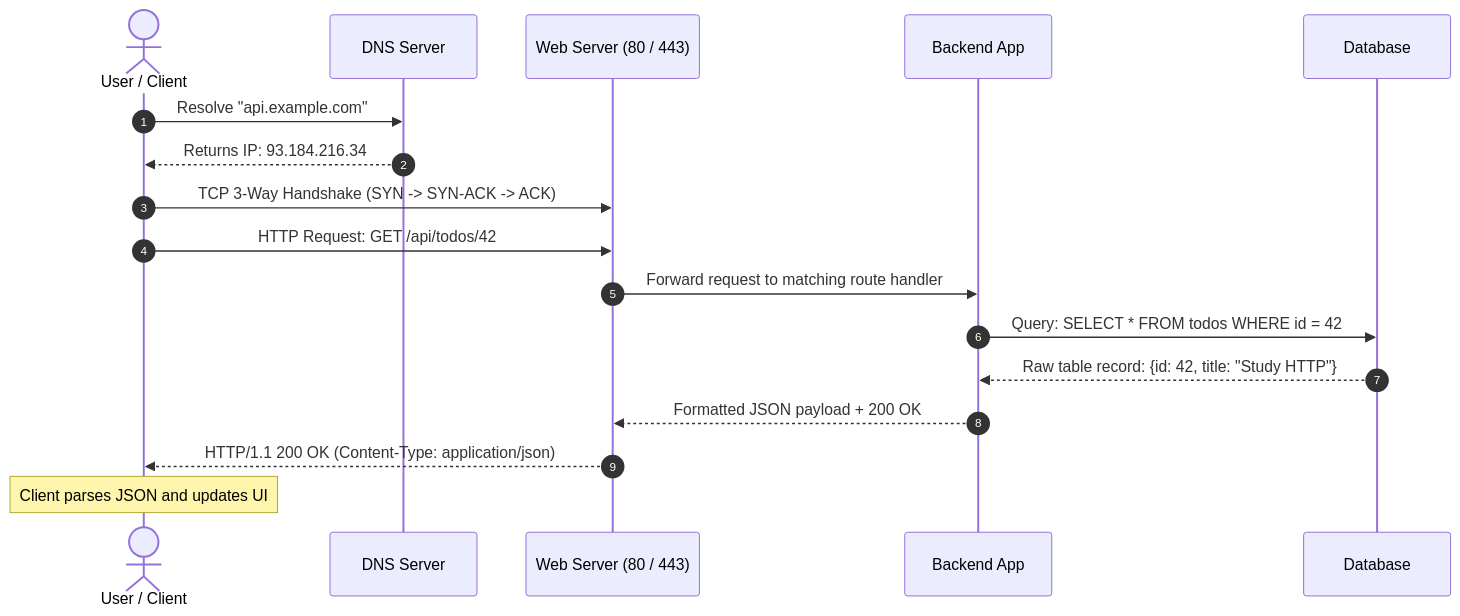
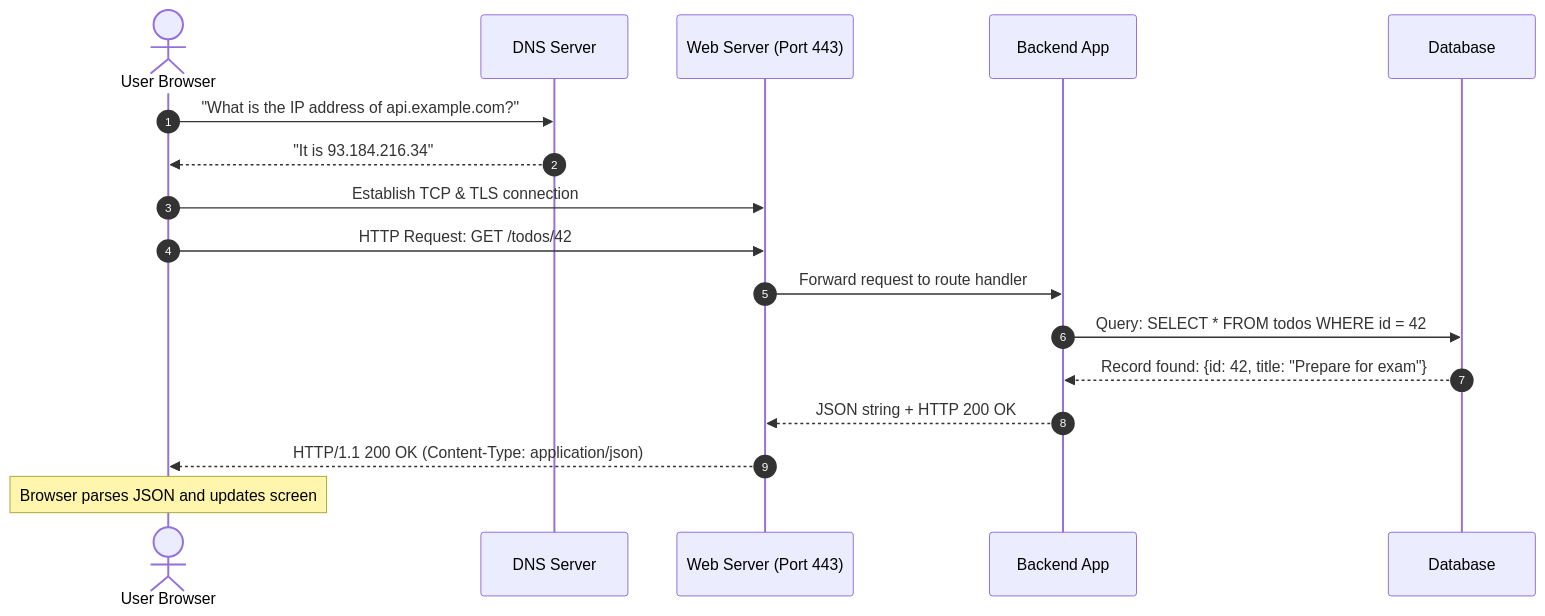
The third of 8 diagrams in IUT/Human/University/5th Sem/Server Programming/Server Programming Notes.md (Tamjid-R/Obsidian-Vault--4th-sem), drawn with Mermaid before and after one commit. The commit also changed other lines of this file and 1 other file, not shown here.

````diff
--- a/IUT/Human/University/5th Sem/Server Programming/Server Programming Notes.md
+++ b/IUT/Human/University/5th Sem/Server Programming/Server Programming Notes.md
@@ -155,20 +158,20 @@
 ```mermaid
 sequenceDiagram
     autonumber
-    actor User as User / Client
+    actor Client as User Browser
     participant DNS as DNS Server
-    participant Server as Web Server (80 / 443)
+    participant Server as Web Server (Port 443)
     participant App as Backend App
     participant DB as Database
 
-    User->>DNS: Resolve "api.example.com"
-    DNS-->>User: Returns IP: 93.184.216.34
-    User->>Server: TCP 3-Way Handshake (SYN -> SYN-ACK -> ACK)
-    User->>Server: HTTP Request: GET /api/todos/42
-    Server->>App: Forward request to matching route handler
+    Client->>DNS: "What is the IP address of api.example.com?"
+    DNS-->>Client: "It is 93.184.216.34"
+    Client->>Server: Establish TCP & TLS connection
+    Client->>Server: HTTP Request: GET /todos/42
+    Server->>App: Forward request to route handler
     App->>DB: Query: SELECT * FROM todos WHERE id = 42
-    DB-->>App: Raw table record: {id: 42, title: "Study HTTP"}
-    App-->>Server: Formatted JSON payload + 200 OK
-    Server-->>User: HTTP/1.1 200 OK (Content-Type: application/json)
-    Note over User: Client parses JSON and updates UI
+    DB-->>App: Record found: {id: 42, title: "Prepare for exam"}
+    App-->>Server: JSON string + HTTP 200 OK
+    Server-->>Client: HTTP/1.1 200 OK (Content-Type: application/json)
+    Note over Client: Browser parses JSON and updates screen
 ```
````
